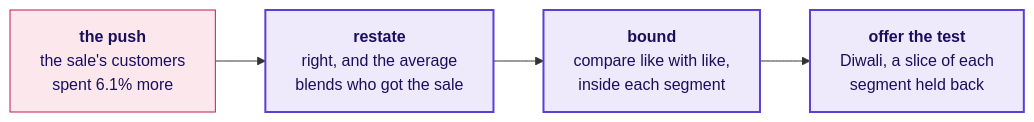
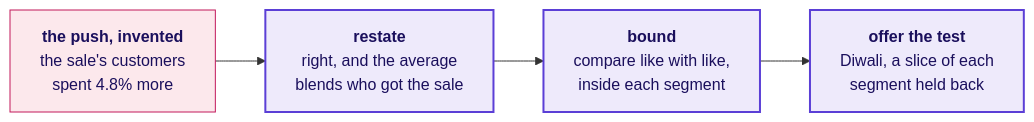
The third of 6 diagrams in content/W01/D5/slides/C2_W01_D05_rehearsal_STUDENT.md (fde-academy-lab/c2-content-factory), drawn with Mermaid before and after one commit. The commit also changed other lines of this file and 4 other files, not shown here.

First line of the commit message:
W01 D5: the rehearsal runs its modelled push on invented figures, and the key reruns Thursday's test the fair way

````diff
--- a/content/W01/D5/slides/C2_W01_D05_rehearsal_STUDENT.md
+++ b/content/W01/D5/slides/C2_W01_D05_rehearsal_STUDENT.md
@@ -153,10 +153,10 @@
 ```mermaid
 flowchart LR
-    P["<b>the push</b><br/>the sale's customers<br/>spent 6.1% more"] --> R["<b>restate</b><br/>right, and the average<br/>blends who got the sale"]
+    P["<b>the push, invented</b><br/>the sale's customers<br/>spent 4.8% more"] --> R["<b>restate</b><br/>right, and the average<br/>blends who got the sale"]
     R --> B["<b>bound</b><br/>compare like with like,<br/>inside each segment"]
     B --> T["<b>offer the test</b><br/>Diwali, a slice of each<br/>segment held back"]
     classDef bad fill:#FCE8EC,stroke:#C2185B,color:#1A0F5C
     classDef known fill:#EEEAFB,stroke:#5B3FD6,color:#1A0F5C,stroke-width:2px
     class P bad
     class R,B,T known
 ```
````
